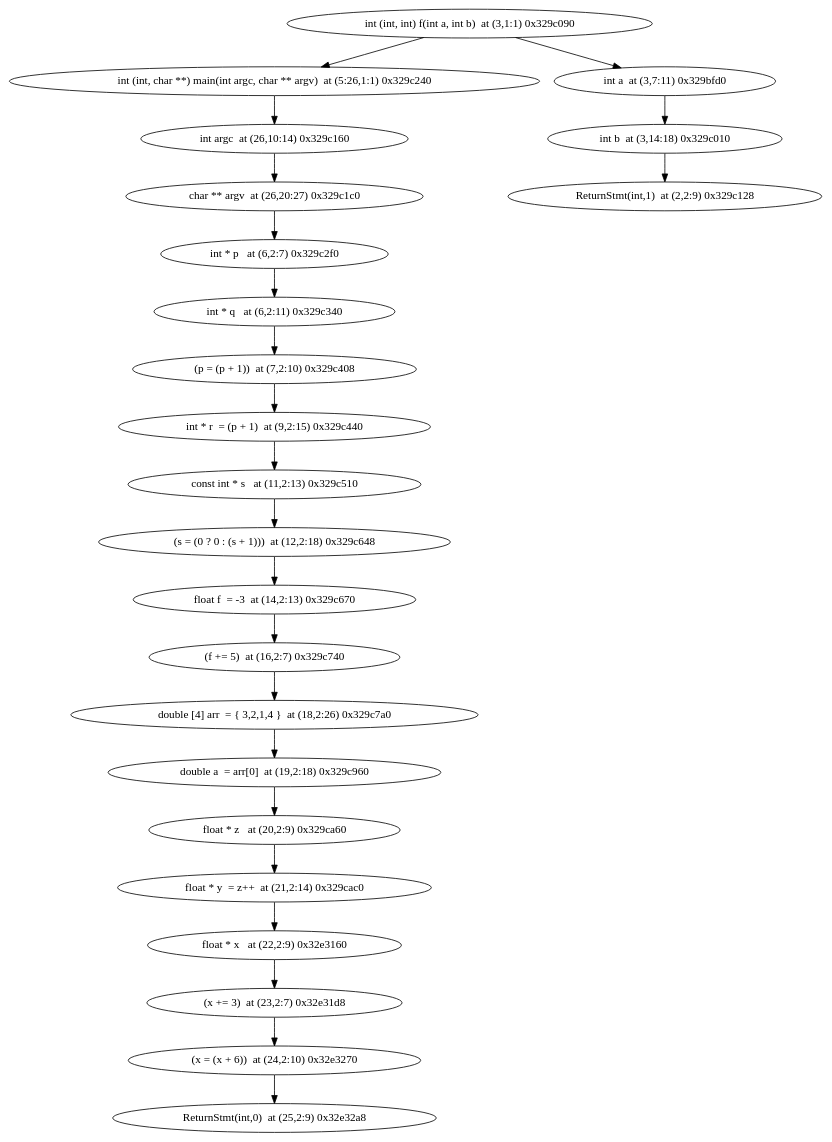
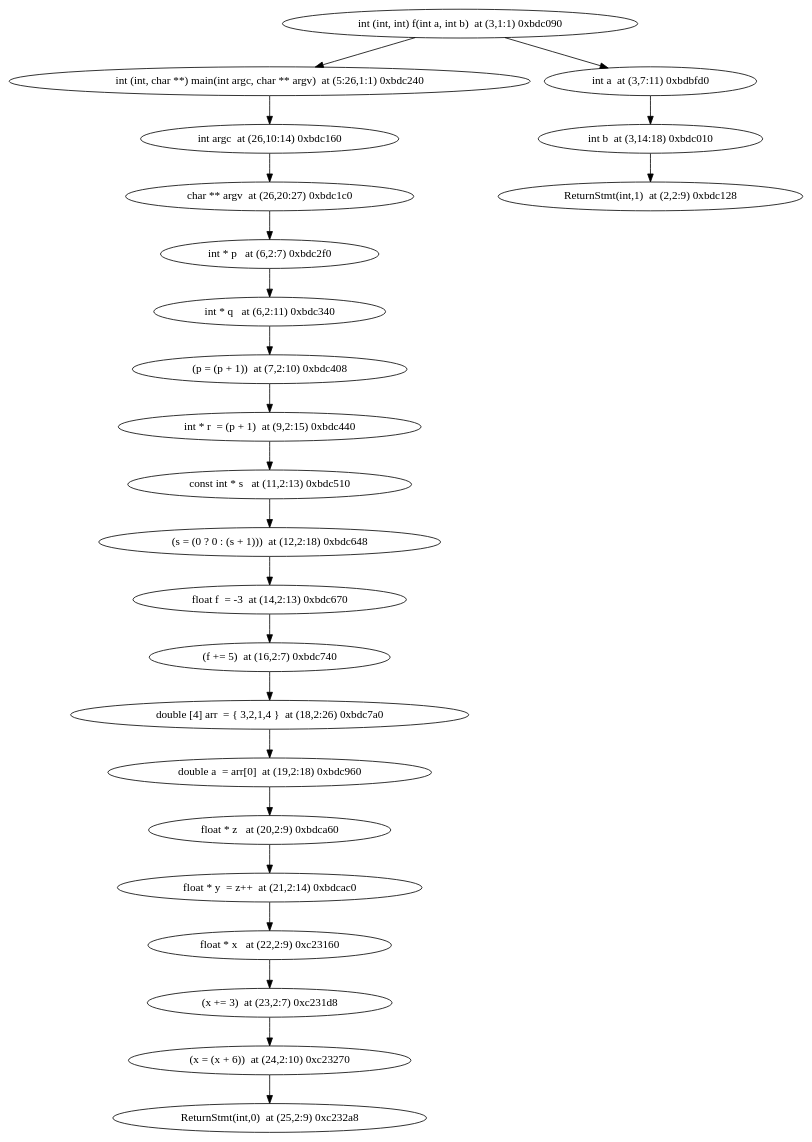
The diagram in ModelChecker/unitary_tests/Model_checker/test.dot (jxw1102/Projet-merou), drawn with Graphviz before and after one commit. The commit also changed 30 other files, not shown here.

```diff
--- a/ModelChecker/unitary_tests/Model_checker/test.dot
+++ b/ModelChecker/unitary_tests/Model_checker/test.dot
@@ -1,26 +1,26 @@
 digraph {
-"int (int, int) f(int a, int b)  at (3,1:1) 0x329c090" -> "int (int, char **) main(int argc, char ** argv)  at (5:26,1:1) 0x329c240"
-"int (int, char **) main(int argc, char ** argv)  at (5:26,1:1) 0x329c240" -> "int argc  at (26,10:14) 0x329c160"
-"int argc  at (26,10:14) 0x329c160" -> "char ** argv  at (26,20:27) 0x329c1c0"
-"char ** argv  at (26,20:27) 0x329c1c0" -> "int * p   at (6,2:7) 0x329c2f0"
-"int * p   at (6,2:7) 0x329c2f0" -> "int * q   at (6,2:11) 0x329c340"
-"int * q   at (6,2:11) 0x329c340" -> "(p = (p + 1))  at (7,2:10) 0x329c408"
-"(p = (p + 1))  at (7,2:10) 0x329c408" -> "int * r  = (p + 1)  at (9,2:15) 0x329c440"
-"int * r  = (p + 1)  at (9,2:15) 0x329c440" -> "const int * s   at (11,2:13) 0x329c510"
-"const int * s   at (11,2:13) 0x329c510" -> "(s = (0 ? 0 : (s + 1)))  at (12,2:18) 0x329c648"
-"(s = (0 ? 0 : (s + 1)))  at (12,2:18) 0x329c648" -> "float f  = -3  at (14,2:13) 0x329c670"
-"float f  = -3  at (14,2:13) 0x329c670" -> "(f += 5)  at (16,2:7) 0x329c740"
-"(f += 5)  at (16,2:7) 0x329c740" -> "double [4] arr  = { 3,2,1,4 }  at (18,2:26) 0x329c7a0"
-"double [4] arr  = { 3,2,1,4 }  at (18,2:26) 0x329c7a0" -> "double a  = arr[0]  at (19,2:18) 0x329c960"
-"double a  = arr[0]  at (19,2:18) 0x329c960" -> "float * z   at (20,2:9) 0x329ca60"
-"float * z   at (20,2:9) 0x329ca60" -> "float * y  = z++  at (21,2:14) 0x329cac0"
-"float * y  = z++  at (21,2:14) 0x329cac0" -> "float * x   at (22,2:9) 0x32e3160"
-"float * x   at (22,2:9) 0x32e3160" -> "(x += 3)  at (23,2:7) 0x32e31d8"
-"(x += 3)  at (23,2:7) 0x32e31d8" -> "(x = (x + 6))  at (24,2:10) 0x32e3270"
-"(x = (x + 6))  at (24,2:10) 0x32e3270" -> "ReturnStmt(int,0)  at (25,2:9) 0x32e32a8"
-"ReturnStmt(int,0)  at (25,2:9) 0x32e32a8"
-"int (int, int) f(int a, int b)  at (3,1:1) 0x329c090" -> "int a  at (3,7:11) 0x329bfd0"
-"int a  at (3,7:11) 0x329bfd0" -> "int b  at (3,14:18) 0x329c010"
-"int b  at (3,14:18) 0x329c010" -> "ReturnStmt(int,1)  at (2,2:9) 0x329c128"
-"ReturnStmt(int,1)  at (2,2:9) 0x329c128"
+"int (int, int) f(int a, int b)  at (3,1:1) 0xbdc090" -> "int (int, char **) main(int argc, char ** argv)  at (5:26,1:1) 0xbdc240"
+"int (int, char **) main(int argc, char ** argv)  at (5:26,1:1) 0xbdc240" -> "int argc  at (26,10:14) 0xbdc160"
+"int argc  at (26,10:14) 0xbdc160" -> "char ** argv  at (26,20:27) 0xbdc1c0"
+"char ** argv  at (26,20:27) 0xbdc1c0" -> "int * p   at (6,2:7) 0xbdc2f0"
+"int * p   at (6,2:7) 0xbdc2f0" -> "int * q   at (6,2:11) 0xbdc340"
+"int * q   at (6,2:11) 0xbdc340" -> "(p = (p + 1))  at (7,2:10) 0xbdc408"
+"(p = (p + 1))  at (7,2:10) 0xbdc408" -> "int * r  = (p + 1)  at (9,2:15) 0xbdc440"
+"int * r  = (p + 1)  at (9,2:15) 0xbdc440" -> "const int * s   at (11,2:13) 0xbdc510"
+"const int * s   at (11,2:13) 0xbdc510" -> "(s = (0 ? 0 : (s + 1)))  at (12,2:18) 0xbdc648"
+"(s = (0 ? 0 : (s + 1)))  at (12,2:18) 0xbdc648" -> "float f  = -3  at (14,2:13) 0xbdc670"
+"float f  = -3  at (14,2:13) 0xbdc670" -> "(f += 5)  at (16,2:7) 0xbdc740"
+"(f += 5)  at (16,2:7) 0xbdc740" -> "double [4] arr  = { 3,2,1,4 }  at (18,2:26) 0xbdc7a0"
+"double [4] arr  = { 3,2,1,4 }  at (18,2:26) 0xbdc7a0" -> "double a  = arr[0]  at (19,2:18) 0xbdc960"
+"double a  = arr[0]  at (19,2:18) 0xbdc960" -> "float * z   at (20,2:9) 0xbdca60"
+"float * z   at (20,2:9) 0xbdca60" -> "float * y  = z++  at (21,2:14) 0xbdcac0"
+"float * y  = z++  at (21,2:14) 0xbdcac0" -> "float * x   at (22,2:9) 0xc23160"
+"float * x   at (22,2:9) 0xc23160" -> "(x += 3)  at (23,2:7) 0xc231d8"
+"(x += 3)  at (23,2:7) 0xc231d8" -> "(x = (x + 6))  at (24,2:10) 0xc23270"
+"(x = (x + 6))  at (24,2:10) 0xc23270" -> "ReturnStmt(int,0)  at (25,2:9) 0xc232a8"
+"ReturnStmt(int,0)  at (25,2:9) 0xc232a8"
+"int (int, int) f(int a, int b)  at (3,1:1) 0xbdc090" -> "int a  at (3,7:11) 0xbdbfd0"
+"int a  at (3,7:11) 0xbdbfd0" -> "int b  at (3,14:18) 0xbdc010"
+"int b  at (3,14:18) 0xbdc010" -> "ReturnStmt(int,1)  at (2,2:9) 0xbdc128"
+"ReturnStmt(int,1)  at (2,2:9) 0xbdc128"
 }
```
